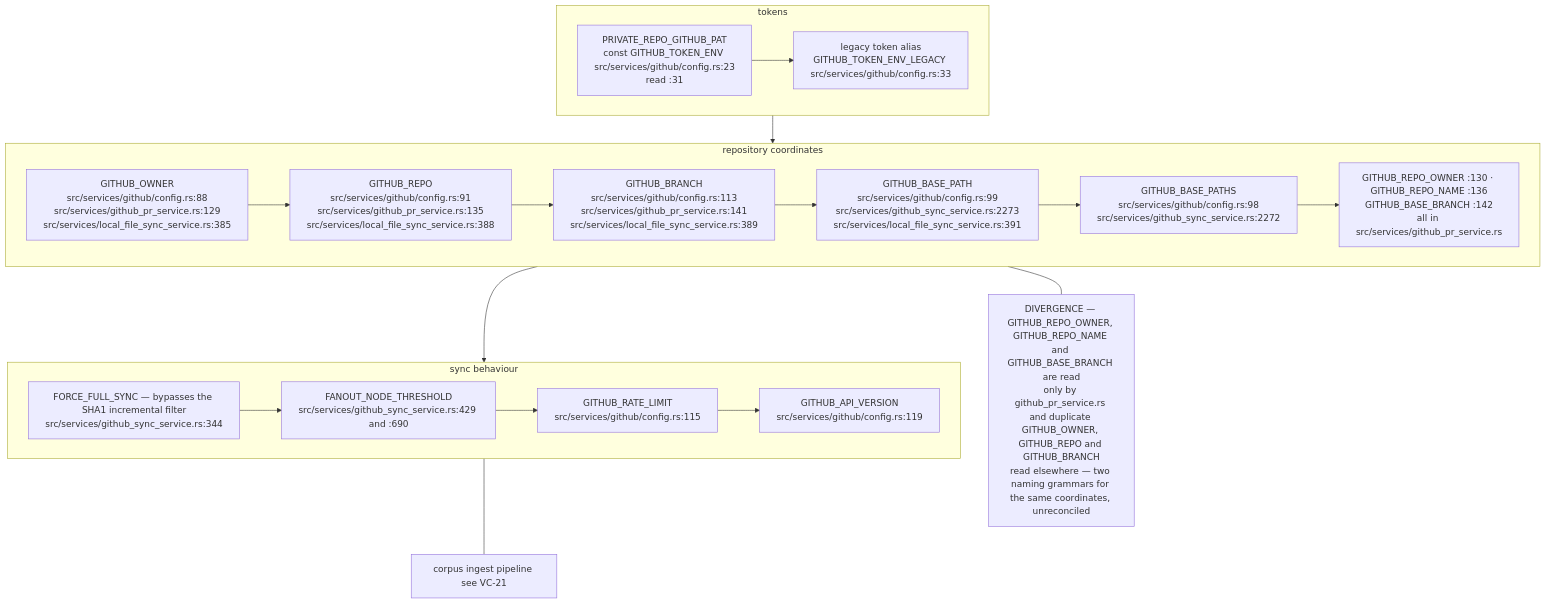
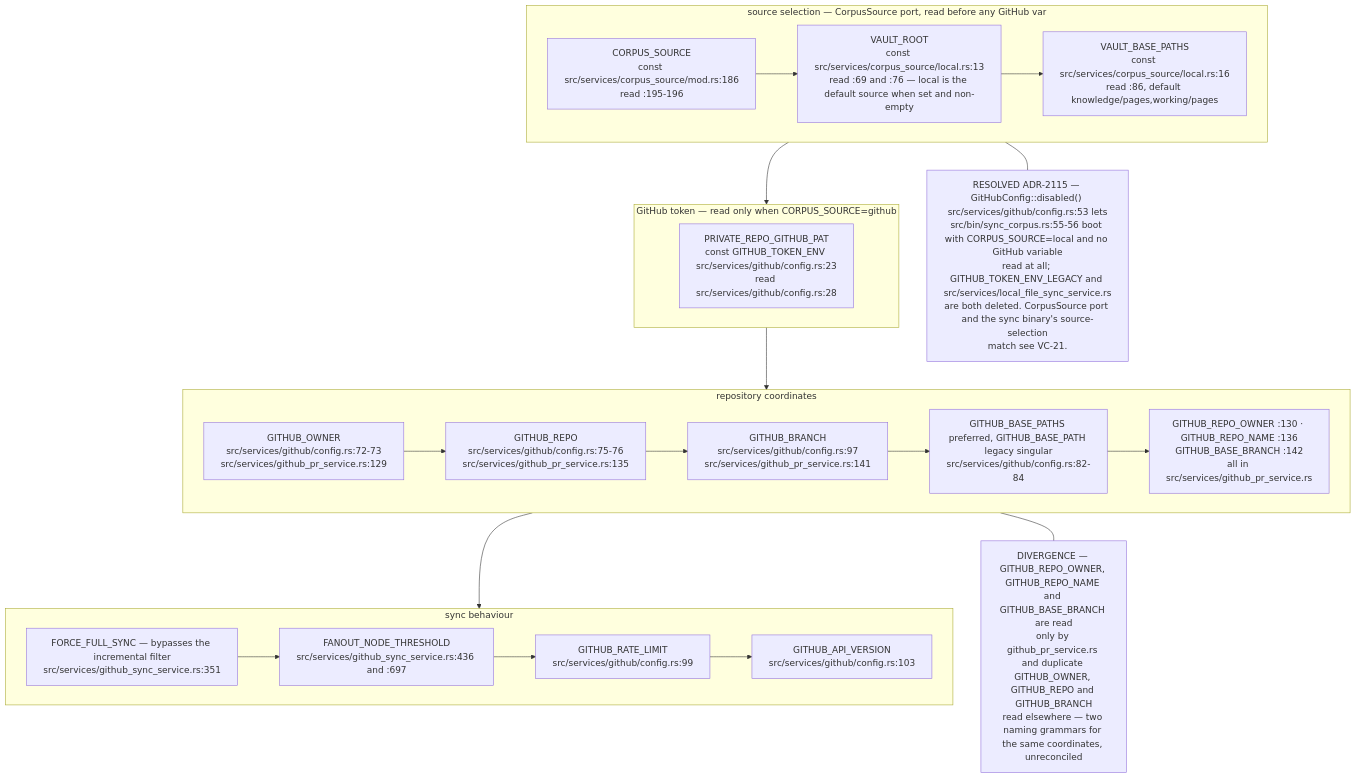
Before and after one commit to DreamLab-AI/VisionFlow: diagram 11 of 15 in docs/diagrams/visionclaw/09-config-and-env-flags.md, drawn with Mermaid. The commit also changed other lines of this file and 136 other files, not shown here.

First line of the commit message:
docs(diagrams): refresh the whole corpus to code HEAD and prune low-value diagrams

````diff
--- a/docs/diagrams/visionclaw/09-config-and-env-flags.md
+++ b/docs/diagrams/visionclaw/09-config-and-env-flags.md
@@ -446,17 +447,20 @@
 ```mermaid
 flowchart TB
-    subgraph TOK["tokens"]
-        T1["PRIVATE_REPO_GITHUB_PAT<br/>const GITHUB_TOKEN_ENV src/services/github/config.rs:23<br/>read :31"] --> T2["legacy token alias<br/>GITHUB_TOKEN_ENV_LEGACY src/services/github/config.rs:33"]
+    subgraph SEL["source selection — CorpusSource port, read before any GitHub var"]
+        C1["CORPUS_SOURCE<br/>const src/services/corpus_source/mod.rs:186<br/>read :195-196"] --> C2["VAULT_ROOT<br/>const src/services/corpus_source/local.rs:13<br/>read :69 and :76 — local is the default source when set and non-empty"] --> C3["VAULT_BASE_PATHS<br/>const src/services/corpus_source/local.rs:16<br/>read :86, default knowledge/pages,working/pages"]
+    end
+    subgraph TOK["GitHub token — read only when CORPUS_SOURCE=github"]
+        T1["PRIVATE_REPO_GITHUB_PAT<br/>const GITHUB_TOKEN_ENV src/services/github/config.rs:23<br/>read src/services/github/config.rs:28"]
     end
     subgraph LOC["repository coordinates"]
-        L1["GITHUB_OWNER<br/>src/services/github/config.rs:88<br/>src/services/github_pr_service.rs:129<br/>src/services/local_file_sync_service.rs:385"] --> L2["GITHUB_REPO<br/>src/services/github/config.rs:91<br/>src/services/github_pr_service.rs:135<br/>src/services/local_file_sync_service.rs:388"] --> L3["GITHUB_BRANCH<br/>src/services/github/config.rs:113<br/>src/services/github_pr_service.rs:141<br/>src/services/local_file_sync_service.rs:389"] --> L4["GITHUB_BASE_PATH<br/>src/services/github/config.rs:99<br/>src/services/github_sync_service.rs:2273<br/>src/services/local_file_sync_service.rs:391"] --> L5["GITHUB_BASE_PATHS<br/>src/services/github/config.rs:98<br/>src/services/github_sync_service.rs:2272"] --> L6["GITHUB_REPO_OWNER :130 · GITHUB_REPO_NAME :136<br/>GITHUB_BASE_BRANCH :142<br/>all in src/services/github_pr_service.rs"]
+        L1["GITHUB_OWNER<br/>src/services/github/config.rs:72-73<br/>src/services/github_pr_service.rs:129"] --> L2["GITHUB_REPO<br/>src/services/github/config.rs:75-76<br/>src/services/github_pr_service.rs:135"] --> L3["GITHUB_BRANCH<br/>src/services/github/config.rs:97<br/>src/services/github_pr_service.rs:141"] --> L4["GITHUB_BASE_PATHS preferred, GITHUB_BASE_PATH legacy singular<br/>src/services/github/config.rs:82-84"] --> L5["GITHUB_REPO_OWNER :130 · GITHUB_REPO_NAME :136<br/>GITHUB_BASE_BRANCH :142<br/>all in src/services/github_pr_service.rs"]
     end
     subgraph BEHAV["sync behaviour"]
-        B1["FORCE_FULL_SYNC — bypasses the SHA1 incremental filter<br/>src/services/github_sync_service.rs:344"] --> B2["FANOUT_NODE_THRESHOLD<br/>src/services/github_sync_service.rs:429 and :690"] --> B3["GITHUB_RATE_LIMIT<br/>src/services/github/config.rs:115"] --> B4["GITHUB_API_VERSION<br/>src/services/github/config.rs:119"]
+        B1["FORCE_FULL_SYNC — bypasses the incremental filter<br/>src/services/github_sync_service.rs:351"] --> B2["FANOUT_NODE_THRESHOLD<br/>src/services/github_sync_service.rs:436 and :697"] --> B3["GITHUB_RATE_LIMIT<br/>src/services/github/config.rs:99"] --> B4["GITHUB_API_VERSION<br/>src/services/github/config.rs:103"]
     end
-    TOK --> LOC --> BEHAV
+    SEL --> TOK --> LOC --> BEHAV
     N4["DIVERGENCE — GITHUB_REPO_OWNER, GITHUB_REPO_NAME and GITHUB_BASE_BRANCH are read<br/>only by github_pr_service.rs and duplicate GITHUB_OWNER, GITHUB_REPO and GITHUB_BRANCH<br/>read elsewhere — two naming grammars for the same coordinates, unreconciled"]
     LOC --- N4
-    N5["corpus ingest pipeline see VC-21"]
-    BEHAV --- N5
+    N5["RESOLVED ADR-2115 — GitHubConfig::disabled() src/services/github/config.rs:53 lets<br/>src/bin/sync_corpus.rs:55-56 boot with CORPUS_SOURCE=local and no GitHub variable<br/>read at all; GITHUB_TOKEN_ENV_LEGACY and src/services/local_file_sync_service.rs<br/>are both deleted. CorpusSource port and the sync binary's source-selection<br/>match see VC-21."]
+    SEL --- N5
 ```
````
